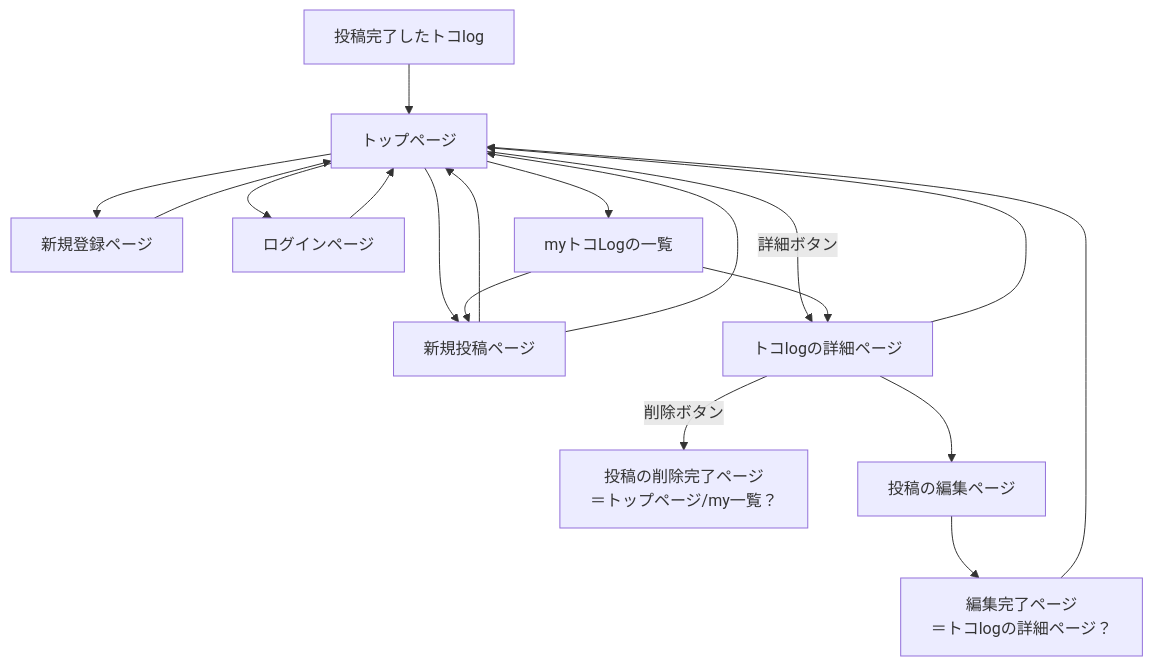
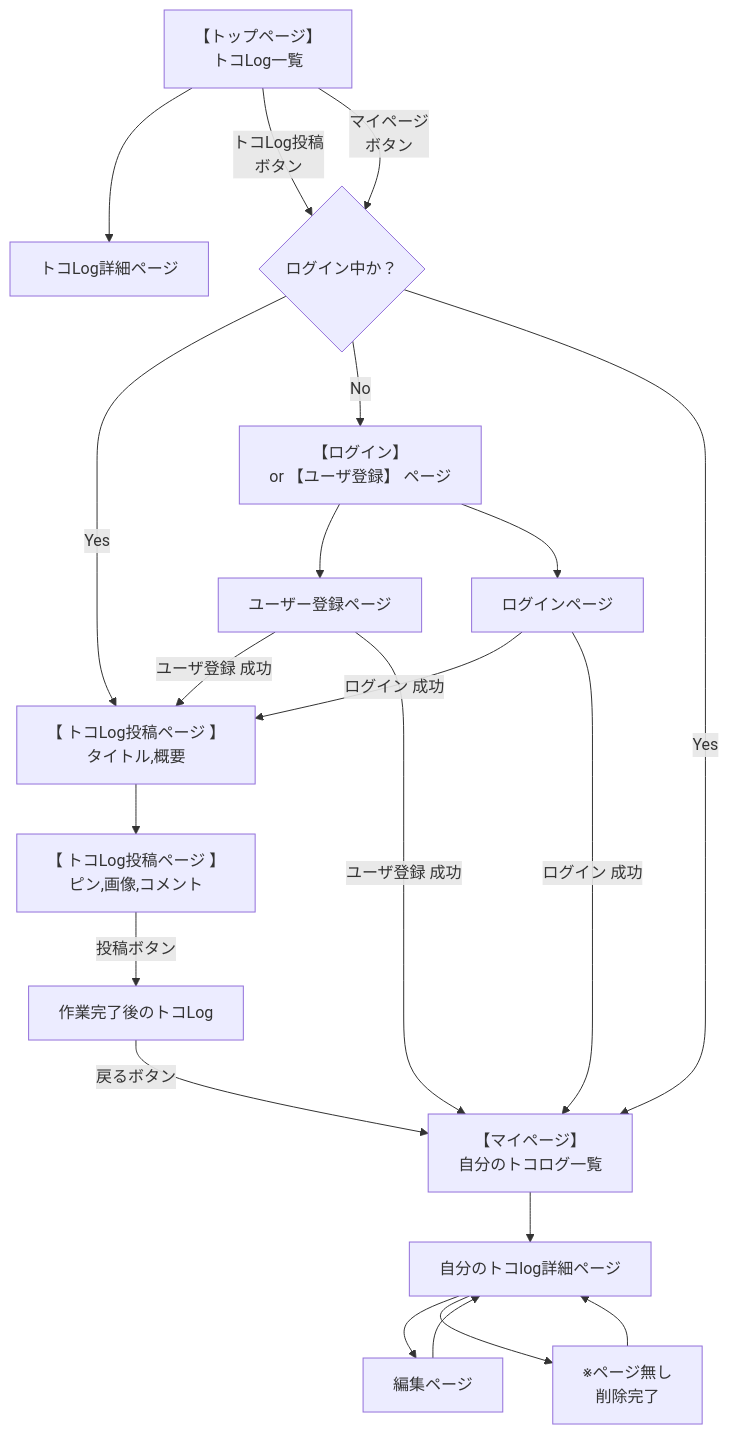
The diagram in README.md (peppei20240408/toko-toko-log), drawn with Mermaid before and after one commit.

````diff
--- a/README.md
+++ b/README.md
@@ -74,20 +74,27 @@
 ```mermaid
 graph TD
-  TopPage[トップページ] --> SignUp[新規登録ページ]
-  SignUp --> TopPage
-  TopPage --> LogIn[ログインページ]
-  LogIn --> TopPage
-  Submmit[新規投稿ページ] --> TopPage
-  SubmmitComp[投稿完了したトコlog] --> TopPage
-  Submmit --> TopPage
-  TopPage --> Submmit
-  TopPage --> MyPage
-  TopPage -->|詳細ボタン| TokoLog[トコlogの詳細ページ]
-  TokoLog -->|削除ボタン| DeleteComp[投稿の削除完了ページ <br> ＝トップページ/my一覧？]
-  MyPage --> TokoLog
-  MyPage[myトコLogの一覧] --> Submmit
-  TokoLog --> Edit[投稿の編集ページ]
-  TokoLog --> TopPage
-  Edit --> EditComp[編集完了ページ <br> ＝トコlogの詳細ページ？]
-  EditComp --> TopPage
+  %% TopPage[【トップページ】 <br> トコLog一覧] --> TokoLogsNew[【 トコLog投稿ページ 】 <br> タイトル,概要]
+  TopPage[【トップページ】 <br> トコLog一覧] --> TokoLogShow[トコLog詳細ページ]
+  TokoLogsNew[【 トコLog投稿ページ 】 <br> タイトル,概要] --> PinsNew[【 トコLog投稿ページ 】 <br> ピン,画像,コメント]
+  PinsNew -->|投稿ボタン| CompTokoLogShow[作業完了後のトコLog]
+  CompTokoLogShow -->|戻るボタン| MyPage
+  TopPage -->|トコLog投稿 <br> ボタン| A{ログイン中か？}
+  A -- Yes --> TokoLogsNew
+  A -- No --> LoginORSignUp[【ログイン】 <br> or 【ユーザ登録】 ページ]
+  LoginORSignUp --> SignUp[ユーザー登録ページ]
+  SignUp -->|ユーザ登録 成功| TokoLogsNew
+  LoginORSignUp --> LogIn[ログインページ]
+  LogIn -->|ログイン 成功| TokoLogsNew
+
+  TopPage -->|マイページ <br> ボタン| A{ログイン中か？}
+  A -- Yes --> MyPage[【マイページ】 <br> 自分のトコログ一覧]
+  SignUp -->|ユーザ登録 成功| MyPage
+  LogIn -->|ログイン 成功| MyPage
+
+  
+  MyPage --> MyTokoLogShow[自分のトコlog詳細ページ]
+  MyTokoLogShow --> Edit[編集ページ]
+  Edit --> MyTokoLogShow
+  MyTokoLogShow -->  Delete[※ページ無し <br> 削除完了]
+  Delete --> MyTokoLogShow
 ```
````
